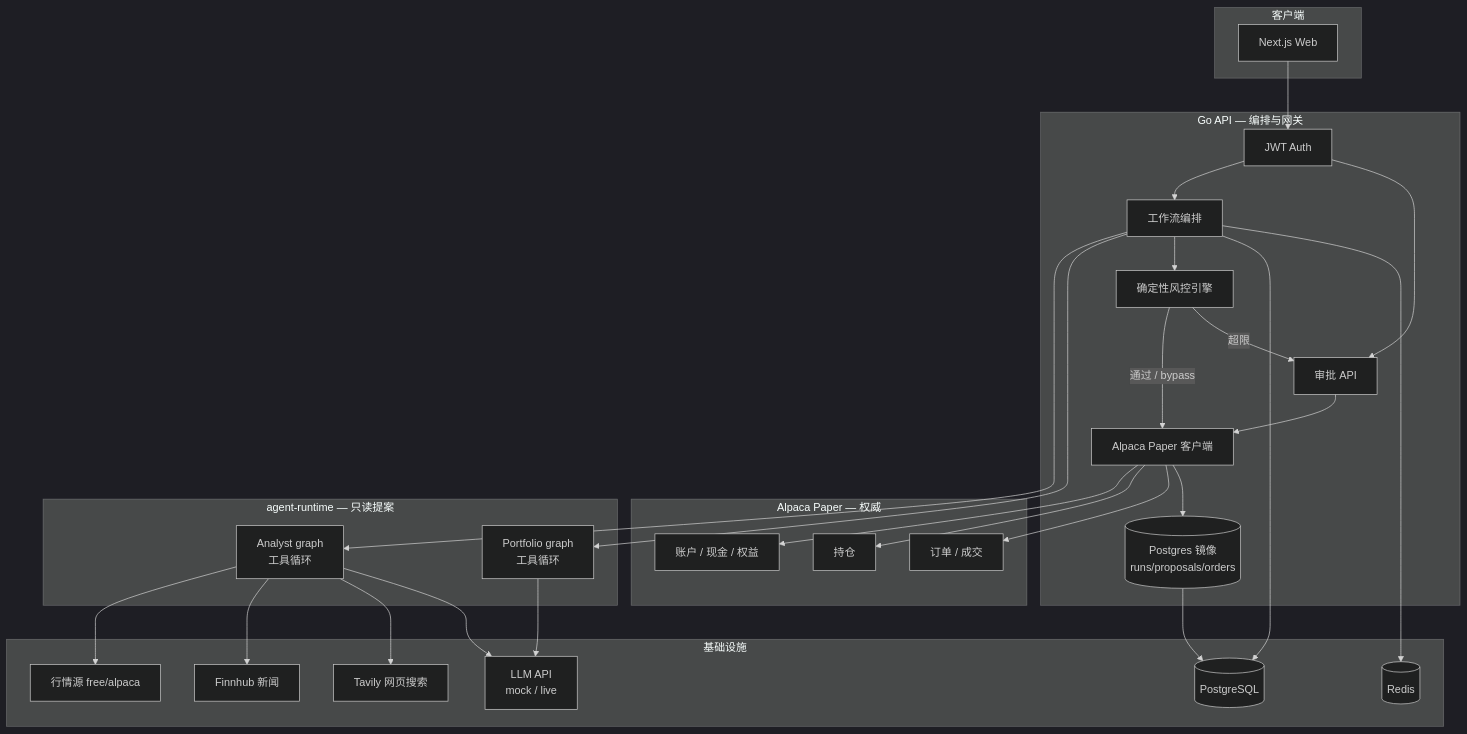
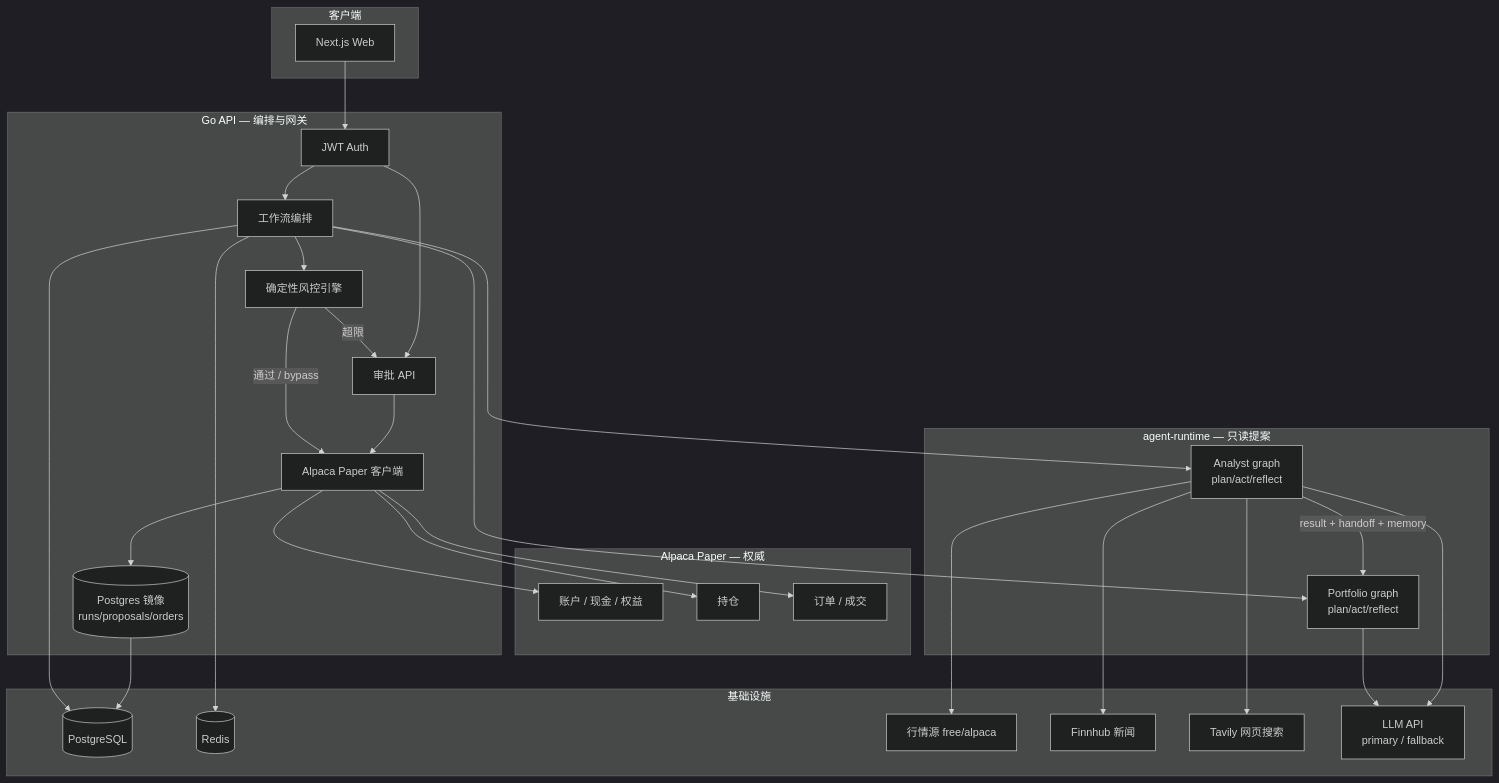
Before and after one commit to cyhzuishuai/stock-agents-cursor: the first of 4 diagrams in docs/workflow-flowchart.md, drawn with Mermaid (dark theme). The commit also changed other lines of this file and 6 other files, not shown here.

````diff
--- a/docs/workflow-flowchart.md
+++ b/docs/workflow-flowchart.md
@@ -19,57 +20,58 @@
 ```mermaid
 flowchart TB
   subgraph clients [客户端]
     Web[Next.js Web]
   end
 
   subgraph api [Go API — 编排与网关]
     Auth[JWT Auth]
     WF[工作流编排]
     RiskGo[确定性风控引擎]
     Broker[Alpaca Paper 客户端]
     Approvals[审批 API]
     Mirror[(Postgres 镜像<br/>runs/proposals/orders)]
   end
 
   subgraph alpaca [Alpaca Paper — 权威]
     AlpAcct[账户 / 现金 / 权益]
     AlpPos[持仓]
     AlpOrd[订单 / 成交]
   end
 
   subgraph runtime [agent-runtime — 只读提案]
-    Analyst[Analyst graph<br/>工具循环]
-    Portfolio[Portfolio graph<br/>工具循环]
+    Analyst[Analyst graph<br/>plan/act/reflect]
+    Portfolio[Portfolio graph<br/>plan/act/reflect]
   end
 
   subgraph infra [基础设施]
     PG[(PostgreSQL)]
     Redis[(Redis)]
     MD[行情源 free/alpaca]
     News[Finnhub 新闻]
     Search[Tavily 网页搜索]
-    LLM[LLM API<br/>mock / live]
+    LLM[LLM API<br/>primary / fallback]
   end
 
   Web --> Auth
   Auth --> WF
   Auth --> Approvals
   Approvals --> Broker
   WF --> Analyst
+  Analyst -->|result + handoff + memory| Portfolio
   WF --> Portfolio
   WF --> RiskGo
   RiskGo -->|通过 / bypass| Broker
   RiskGo -->|超限| Approvals
   Broker --> AlpAcct
   Broker --> AlpPos
   Broker --> AlpOrd
   Broker --> Mirror
   Mirror --> PG
   WF --> PG
   WF --> Redis
   Analyst --> MD
   Analyst --> News
   Analyst --> Search
   Analyst --> LLM
   Portfolio --> LLM
 ```
````
